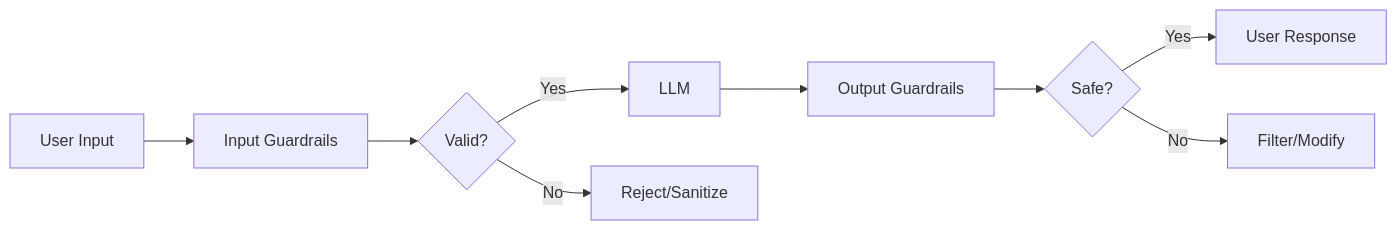
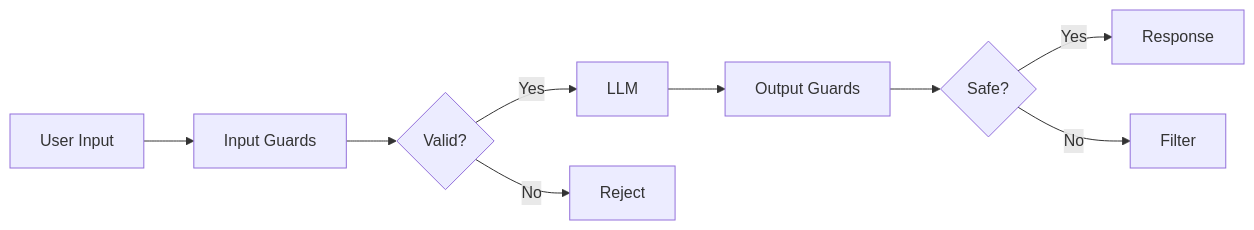
Before and after one commit to LCKYN/LCKYN-KnowledgeBase: the diagram in 10-19 Intelligence_Modeling/11_LLM_Dev/11.10 LLM Guardrails.md, drawn with Mermaid. The commit also changed other lines of this file and 17 other files, not shown here.

````diff
--- a/10-19 Intelligence_Modeling/11_LLM_Dev/11.10 LLM Guardrails.md
+++ b/10-19 Intelligence_Modeling/11_LLM_Dev/11.10 LLM Guardrails.md
@@ -15,11 +13,11 @@
 ```mermaid
 graph LR
-    A[User Input] --> B[Input Guardrails]
+    A[User Input] --> B[Input Guards]
     B --> C{Valid?}
     C -->|Yes| D[LLM]
-    C -->|No| E[Reject/Sanitize]
-    D --> F[Output Guardrails]
+    C -->|No| E[Reject]
+    D --> F[Output Guards]
     F --> G{Safe?}
-    G -->|Yes| H[User Response]
-    G -->|No| I[Filter/Modify]
+    G -->|Yes| H[Response]
+    G -->|No| I[Filter]
 ```
````
